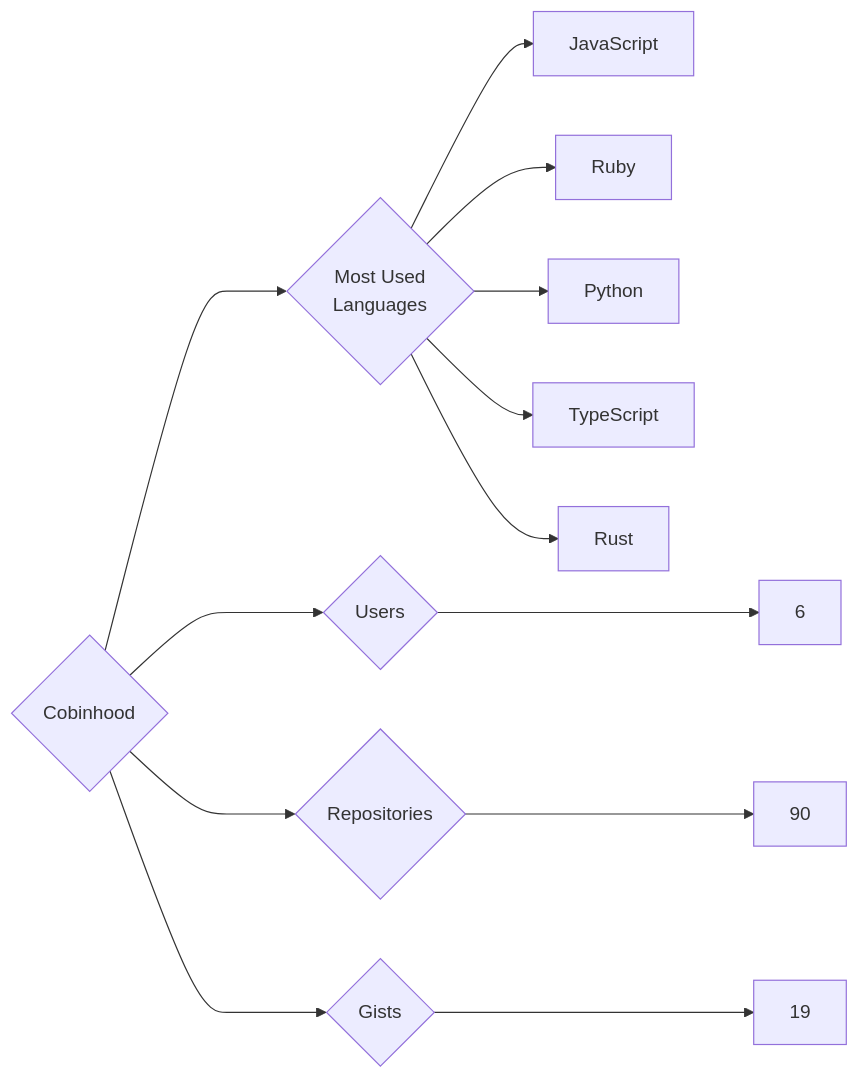
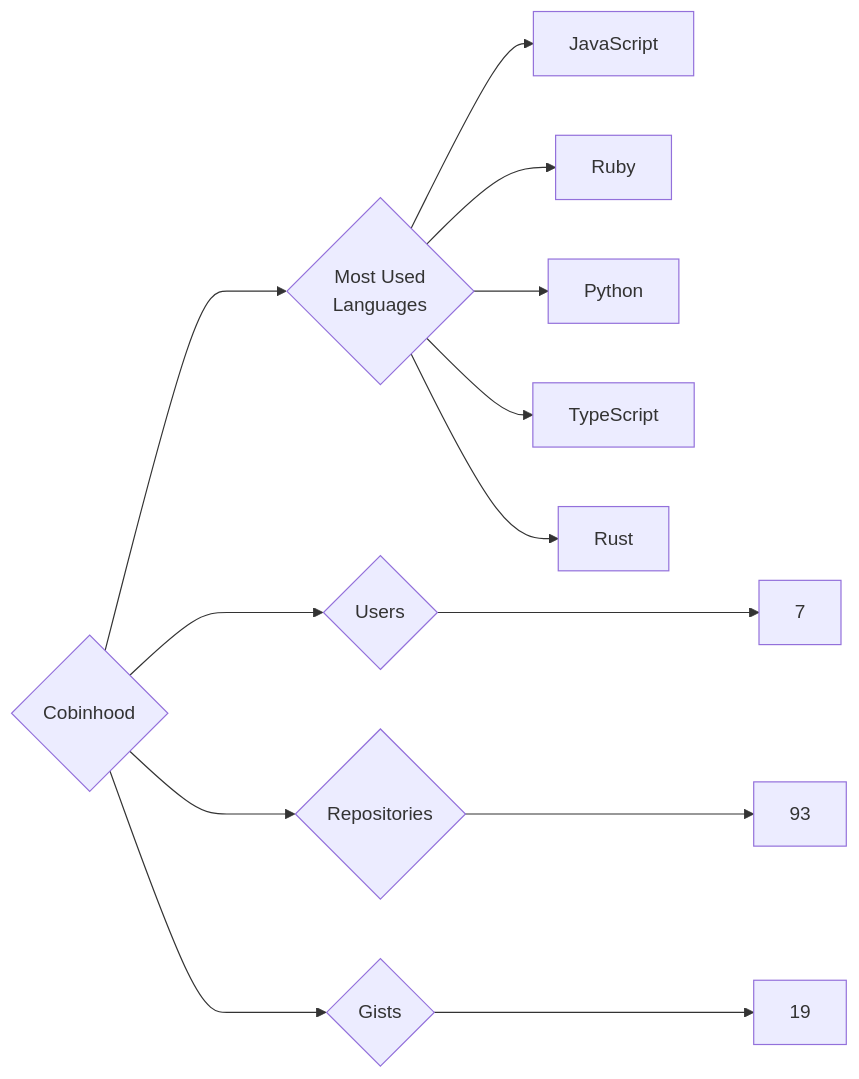
The diagram in targets/Cobinhood/README.md (trickest/insiders), drawn with Mermaid before and after one commit. The commit also changed 1141 other files, not shown here.

````diff
--- a/targets/Cobinhood/README.md
+++ b/targets/Cobinhood/README.md
@@ -3,13 +3,13 @@
 ```mermaid
 graph LR
 COMPANY_NAME{Cobinhood}
-COMPANY_NAME ---> U{Users} ---> UN[6]
-COMPANY_NAME ---> R{Repositories} ---> RN[90]
+COMPANY_NAME ---> U{Users} ---> UN[7]
+COMPANY_NAME ---> R{Repositories} ---> RN[93]
 COMPANY_NAME ---> G{Gists} ---> GN[19]
 COMPANY_NAME ---> ML{Most Used<br>Languages}
 ML --> JavaScript[JavaScript]
 ML --> Ruby[Ruby]
 ML --> Python[Python]
 ML --> TypeScript[TypeScript]
 ML --> Rust[Rust]
 ```
````
